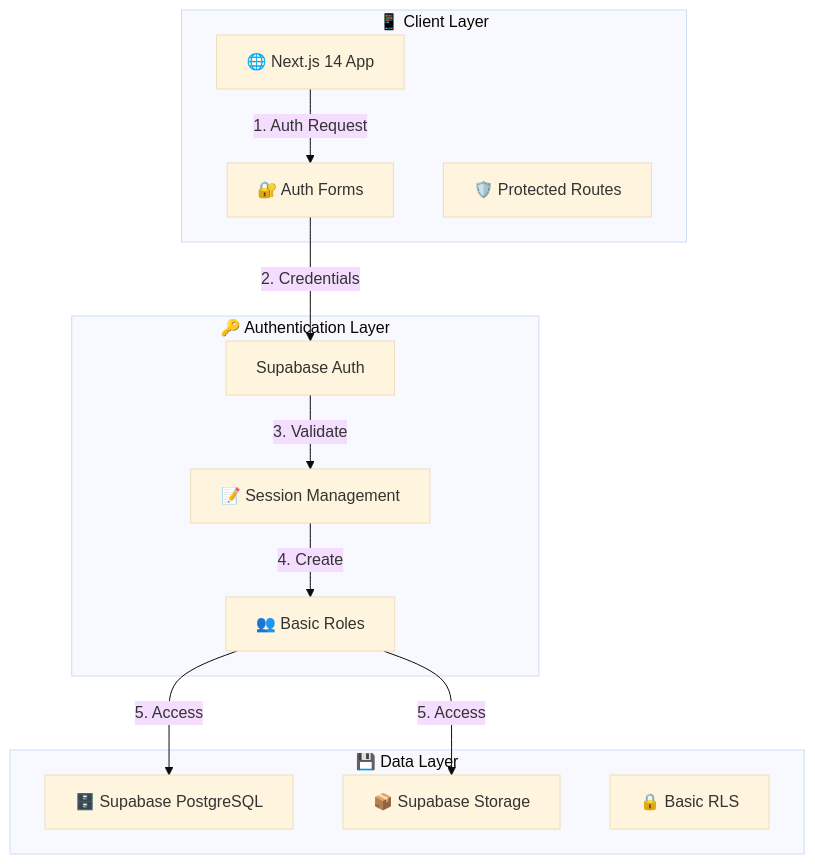
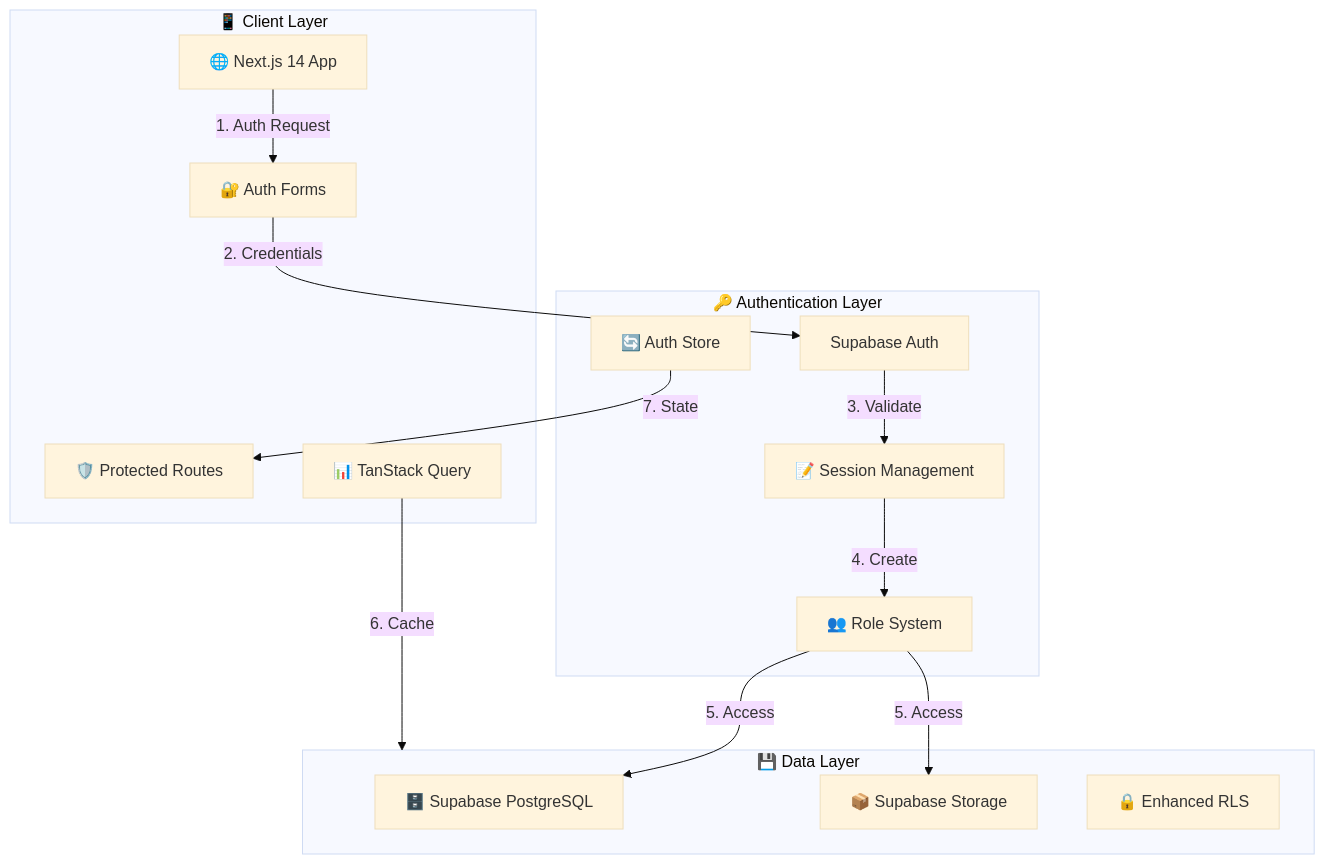
Before and after one commit to mrj0nesmtl/cloud-burst: the first of 2 diagrams in docs/architecture/system_architecture_flowchart.md, drawn with Mermaid (base theme). The commit also changed other lines of this file and 99 other files, not shown here.

````diff
--- a/docs/architecture/system_architecture_flowchart.md
+++ b/docs/architecture/system_architecture_flowchart.md
@@ -8,27 +8,31 @@
 ```mermaid
 flowchart TD
     subgraph Client[📱 Client Layer]
         WebApp[🌐 Next.js 14 App]
         AuthForms[🔐 Auth Forms]
         Protected[🛡️ Protected Routes]
+        TanStack[📊 TanStack Query]
     end
 
     subgraph Auth[🔑 Authentication Layer]
         SupaAuth[Supabase Auth]
         Session[📝 Session Management]
-        Roles[👥 Basic Roles]
+        Roles[👥 Role System]
+        Zustand[🔄 Auth Store]
     end
 
     subgraph Data[💾 Data Layer]
         Database[🗄️ Supabase PostgreSQL]
         Storage[📦 Supabase Storage]
-        RLS[🔒 Basic RLS]
+        RLS[🔒 Enhanced RLS]
     end
 
     WebApp -->|1. Auth Request| AuthForms
     AuthForms -->|2. Credentials| SupaAuth
     SupaAuth -->|3. Validate| Session
     Session -->|4. Create| Roles
     Roles -->|5. Access| Database
     Roles -->|5. Access| Storage
+    TanStack -->|6. Cache| Data
+    Zustand -->|7. State| Protected
 ```
````
